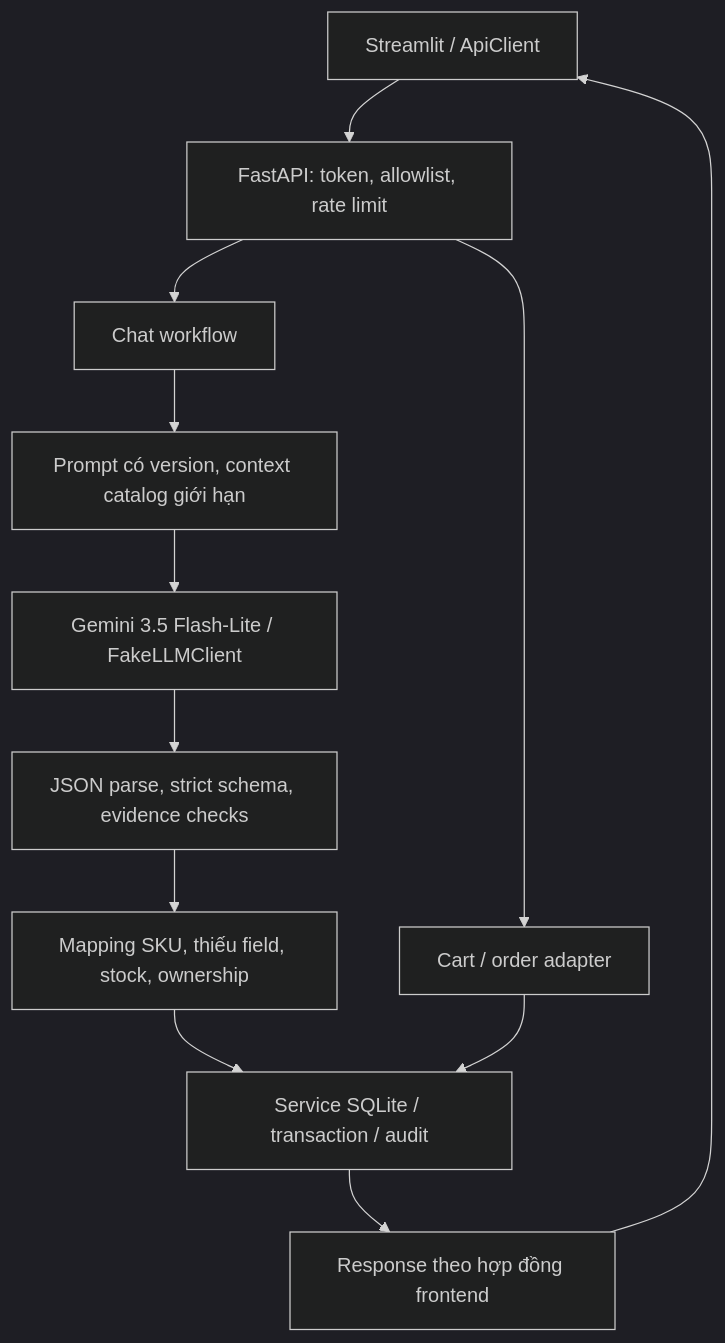
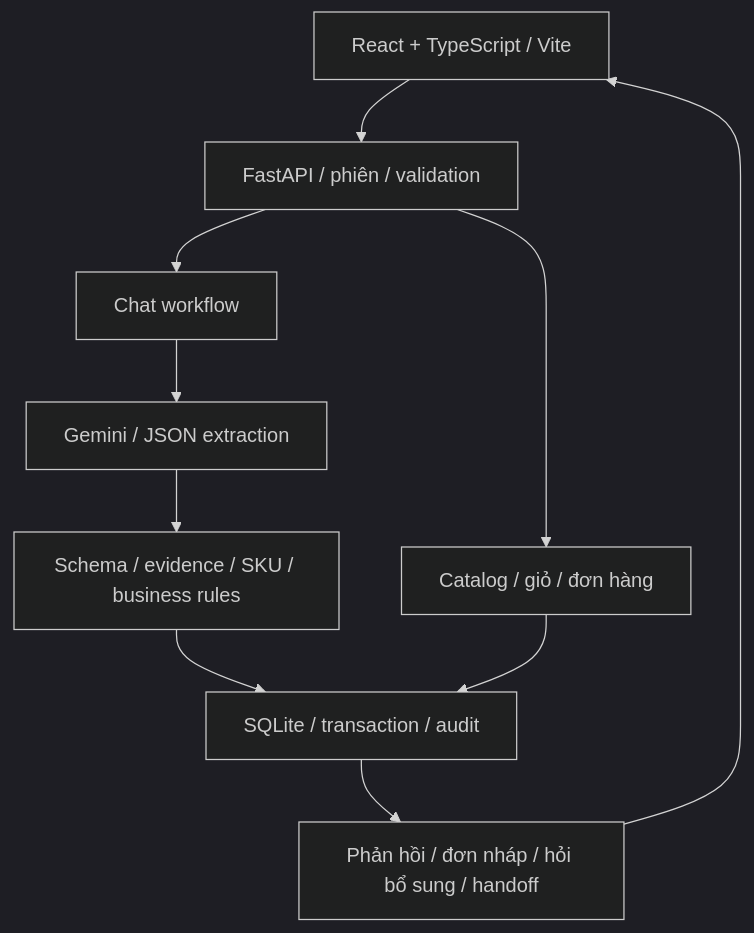
Before and after one commit to QuangAIEngineer29012006/LLM-mini-project: the diagram in docs/architecture.md, drawn with Mermaid (dark theme). The commit also changed other lines of this file and 50 other files, not shown here.

````diff
--- a/docs/architecture.md
+++ b/docs/architecture.md
@@ -3,14 +3,12 @@
 ```mermaid
 flowchart TD
-    UI[Streamlit / ApiClient] --> API[FastAPI: token, allowlist, rate limit]
-    API --> WEB[Cart / order adapter]
+    UI[React + TypeScript / Vite] --> API[FastAPI / phiên / validation]
+    API --> WEB[Catalog / giỏ / đơn hàng]
     API --> CHAT[Chat workflow]
-    CHAT --> PROMPT[Prompt có version, context catalog giới hạn]
-    PROMPT --> LLM[Gemini 3.5 Flash-Lite / FakeLLMClient]
-    LLM --> PARSE[JSON parse, strict schema, evidence checks]
-    PARSE --> RULES[Mapping SKU, thiếu field, stock, ownership]
-    RULES --> DB[Service SQLite / transaction / audit]
+    CHAT --> LLM[Gemini / JSON extraction]
+    LLM --> CHECK[Schema / evidence / SKU / business rules]
+    CHECK --> DB[SQLite / transaction / audit]
     WEB --> DB
-    DB --> RESPONSE[Response theo hợp đồng frontend]
+    DB --> RESPONSE[Phản hồi / đơn nháp / hỏi bổ sung / handoff]
     RESPONSE --> UI
 ```
````
